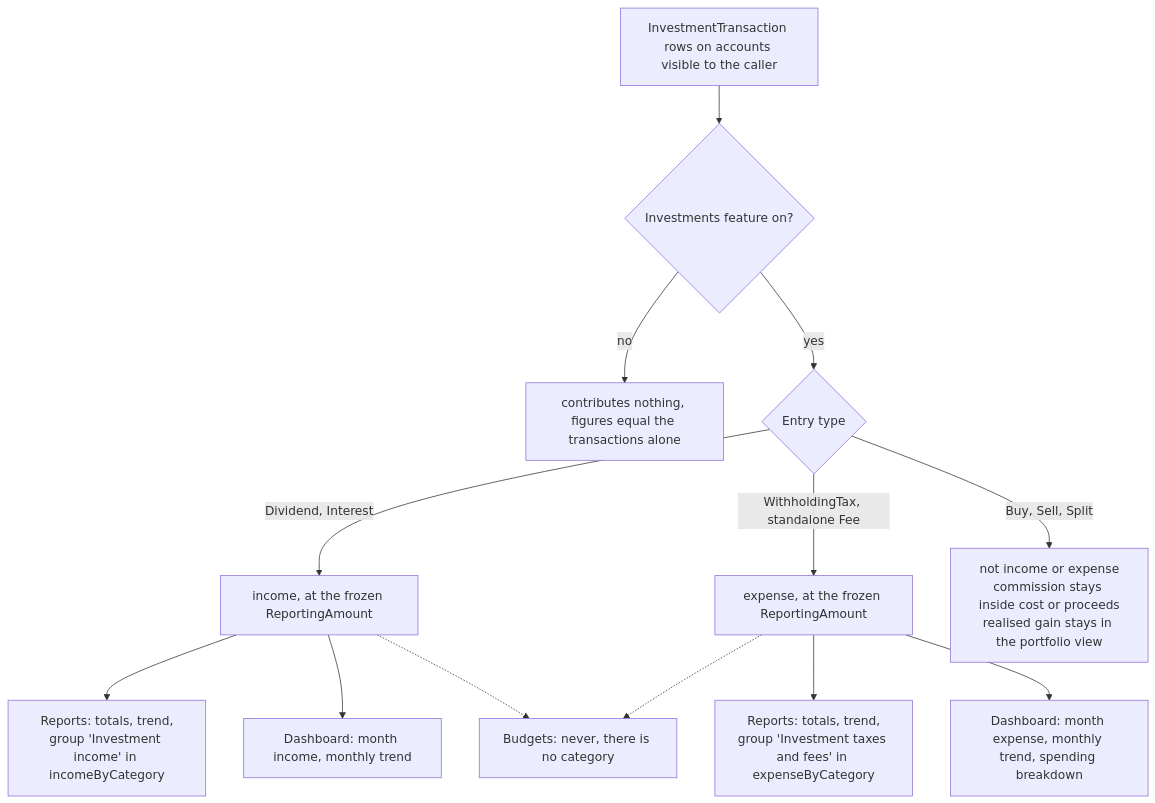
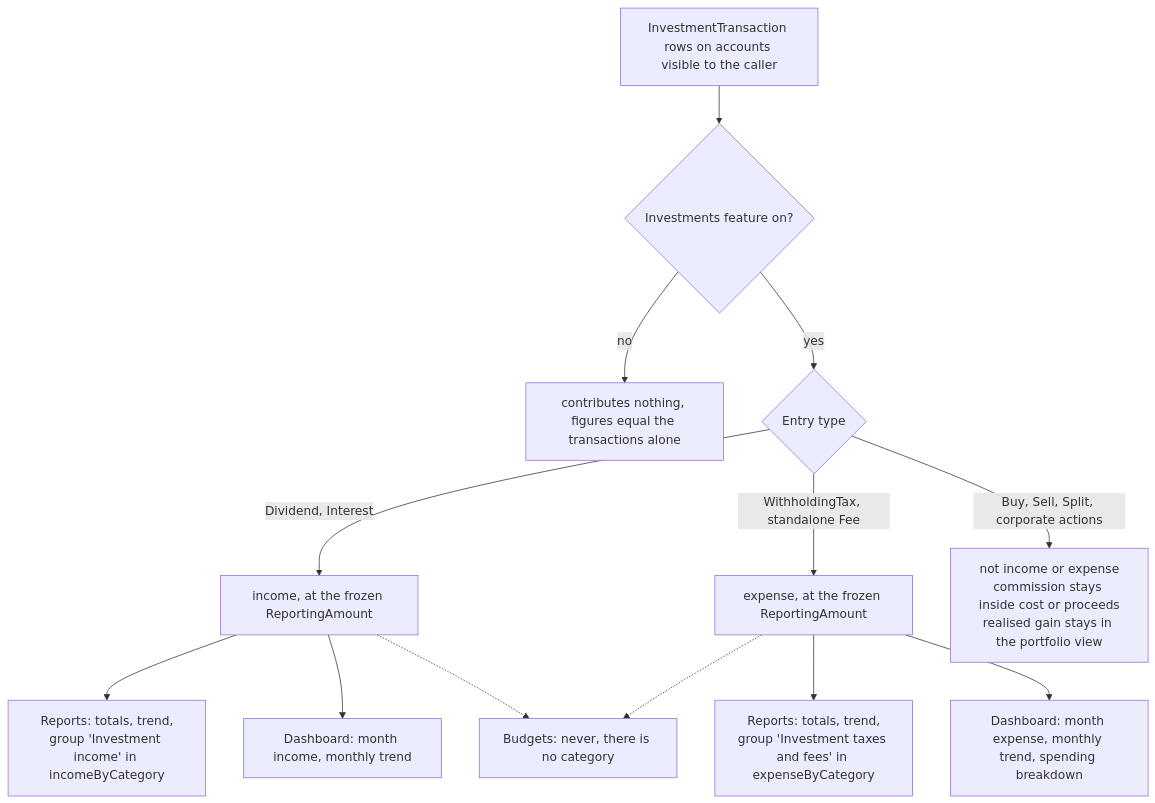
The second of 10 diagrams in docs/features/investments.md (Justxs/Jx-Finance), drawn with Mermaid before and after one commit. The commit also changed other lines of this file and 63 other files, not shown here.

````diff
--- a/docs/features/investments.md
+++ b/docs/features/investments.md
@@ -49,15 +64,15 @@
 ```mermaid
 flowchart TD
     Ledger["InvestmentTransaction rows on accounts visible to the caller"] --> Switch{"Investments feature on?"}
     Switch -->|"no"| Nothing["contributes nothing, figures equal the transactions alone"]
     Switch -->|"yes"| Kind{"Entry type"}
     Kind -->|"Dividend, Interest"| Income["income, at the frozen ReportingAmount"]
     Kind -->|"WithholdingTax, standalone Fee"| Expense["expense, at the frozen ReportingAmount"]
-    Kind -->|"Buy, Sell, Split"| Out["not income or expense<br/>commission stays inside cost or proceeds<br/>realised gain stays in the portfolio view"]
+    Kind -->|"Buy, Sell, Split, corporate actions"| Out["not income or expense<br/>commission stays inside cost or proceeds<br/>realised gain stays in the portfolio view"]
     Income --> Reports["Reports: totals, trend,<br/>group 'Investment income' in incomeByCategory"]
     Expense --> Reports2["Reports: totals, trend,<br/>group 'Investment taxes and fees' in expenseByCategory"]
     Income --> Dash["Dashboard: month income, monthly trend"]
     Expense --> Dash2["Dashboard: month expense, monthly trend, spending breakdown"]
     Income -.-> Budgets["Budgets: never, there is no category"]
     Expense -.-> Budgets
 ```
````
